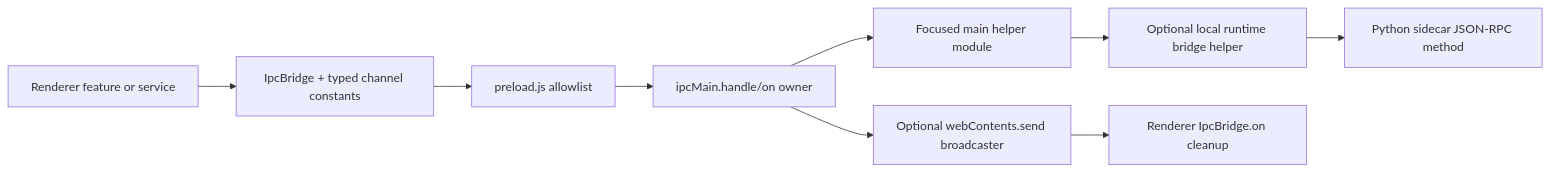
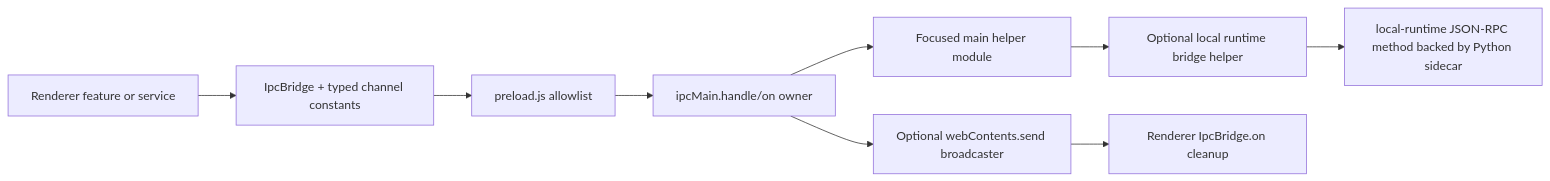
The diagram in docs/frontend/ipc_change_workflow.md (buiilding/My_Own_OpenClaw), drawn with Mermaid before and after one commit. The commit also changed other lines of this file and 25 other files, not shown here.

First line of the commit message:
docs(frontend): route jsonrpc labels through local runtime

````diff
--- a/docs/frontend/ipc_change_workflow.md
+++ b/docs/frontend/ipc_change_workflow.md
@@ -18,11 +18,11 @@
 ```mermaid
 flowchart LR
   Renderer["Renderer feature or service"] --> Bridge["IpcBridge + typed channel constants"]
   Bridge --> Preload["preload.js allowlist"]
   Preload --> Main["ipcMain.handle/on owner"]
   Main --> MainHelper["Focused main helper module"]
   MainHelper --> LocalRuntimeBridge["Optional local runtime bridge helper"]
-  LocalRuntimeBridge --> Sidecar["Python sidecar JSON-RPC method"]
+  LocalRuntimeBridge --> Sidecar["local-runtime JSON-RPC method backed by Python sidecar"]
   Main --> Broadcast["Optional webContents.send broadcaster"]
   Broadcast --> RendererListener["Renderer IpcBridge.on cleanup"]
 ```
````
